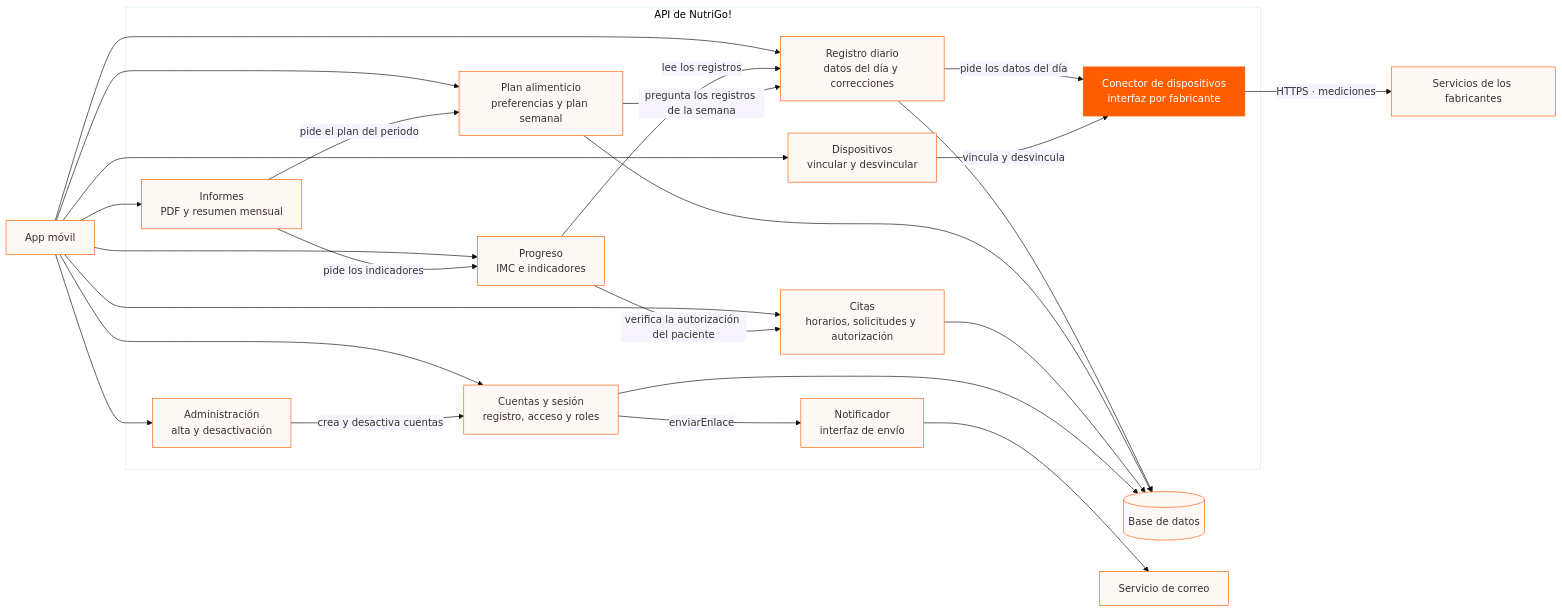
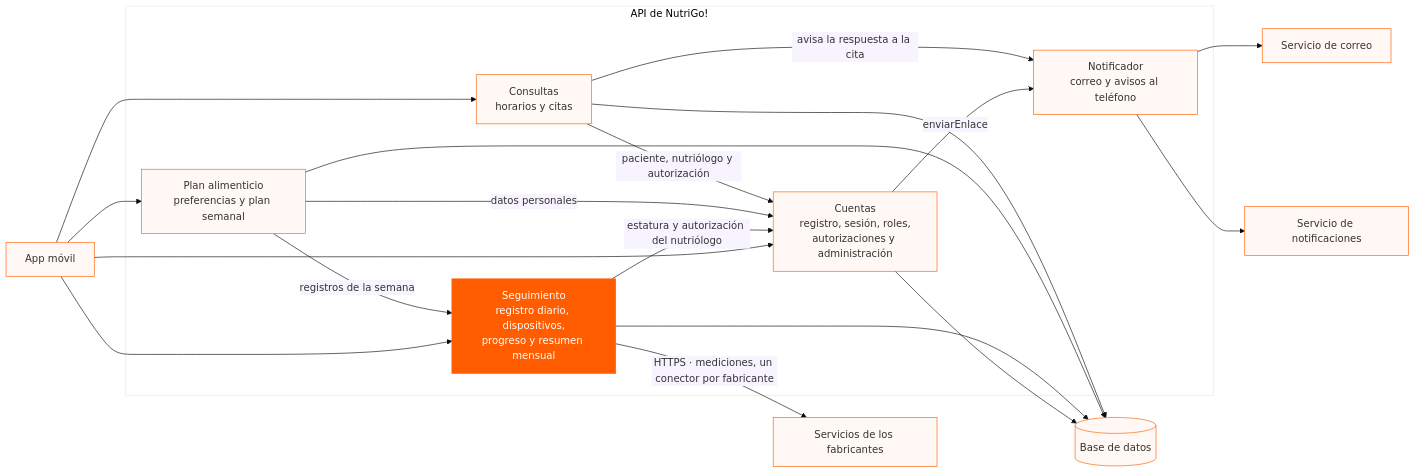
The third of 5 diagrams in docs/arch/diagramas.md (D1eVr/NutriGo-Nutritional-Analysis), drawn with Mermaid before and after one commit. The commit also changed other lines of this file and 13 other files, not shown here.

First line of the commit message:
Add architectural decision records and diagrams for NutriGo!

````diff
--- a/docs/arch/diagramas.md
+++ b/docs/arch/diagramas.md
@@ -91,48 +115,38 @@
 ```mermaid
 %%{init: {'theme':'base','themeVariables':{'primaryColor':'#fff8f4','primaryBorderColor':'#ff5d00'}}}%%
 flowchart LR
     app[App móvil]
 
     subgraph api[API de NutriGo!]
-        ses[Cuentas y sesión<br/>registro, acceso y roles]
-        reg[Registro diario<br/>datos del día y correcciones]
-        dis[Dispositivos<br/>vincular y desvincular]
-        pro[Progreso<br/>IMC e indicadores]
+        cue[Cuentas<br/>registro, sesión, roles,<br/>autorizaciones y administración]
+        seg[Seguimiento<br/>registro diario, dispositivos,<br/>progreso y resumen mensual]
         pla[Plan alimenticio<br/>preferencias y plan semanal]
-        cit[Citas<br/>horarios, solicitudes y autorización]
-        inf[Informes<br/>PDF y resumen mensual]
-        adm[Administración<br/>alta y desactivación]
-        con[Conector de dispositivos<br/>interfaz por fabricante]
-        noti[Notificador<br/>interfaz de envío]
+        con[Consultas<br/>horarios y citas]
+        noti[Notificador<br/>correo y avisos al teléfono]
     end
 
     db[(Base de datos)]
     fab[Servicios de los fabricantes]
     correo[Servicio de correo]
+    avisos[Servicio de notificaciones]
 
-    app --> ses
-    app --> reg
-    app --> dis
-    app --> pro
+    app --> cue
+    app --> seg
     app --> pla
-    app --> cit
-    app --> inf
-    app --> adm
-    reg -->|pide los datos del día| con
-    dis -->|vincula y desvincula| con
-    con -->|HTTPS · mediciones| fab
-    pro -->|lee los registros| reg
-    pro -->|verifica la autorización del paciente| cit
-    pla -->|pregunta los registros de la semana| reg
-    inf -->|pide los indicadores| pro
-    inf -->|pide el plan del periodo| pla
-    adm -->|crea y desactiva cuentas| ses
-    ses -->|enviarEnlace| noti
+    app --> con
+    seg -->|estatura y autorización del nutriólogo| cue
+    pla -->|registros de la semana| seg
+    pla -->|datos personales| cue
+    con -->|paciente, nutriólogo y autorización| cue
+    cue -->|enviarEnlace| noti
+    con -->|avisa la respuesta a la cita| noti
+    seg -->|HTTPS · mediciones, un conector por fabricante| fab
     noti --> correo
-    reg --> db
+    noti --> avisos
+    cue --> db
+    seg --> db
     pla --> db
-    cit --> db
-    ses --> db
+    con --> db
 
-    style con fill:#ff5d00,color:#fff
+    style seg fill:#ff5d00,color:#fff
 ```
````
